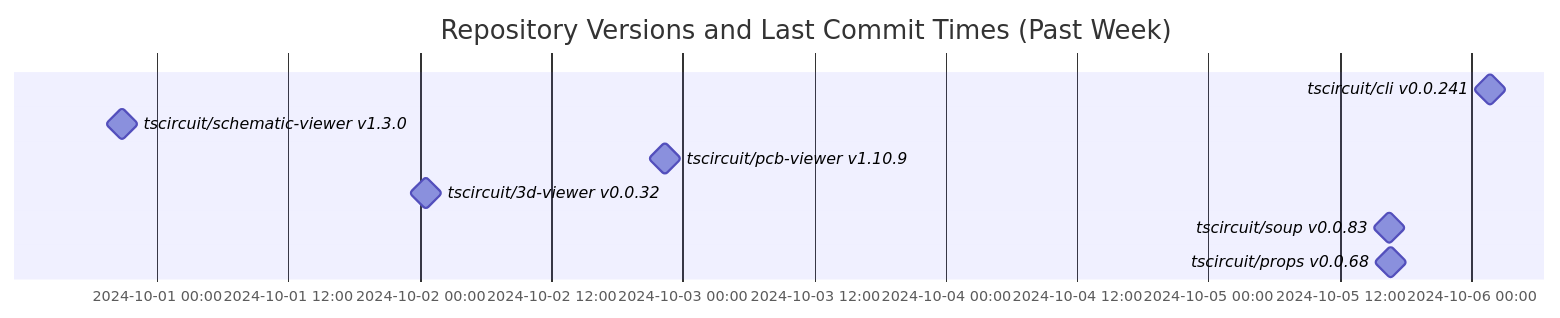
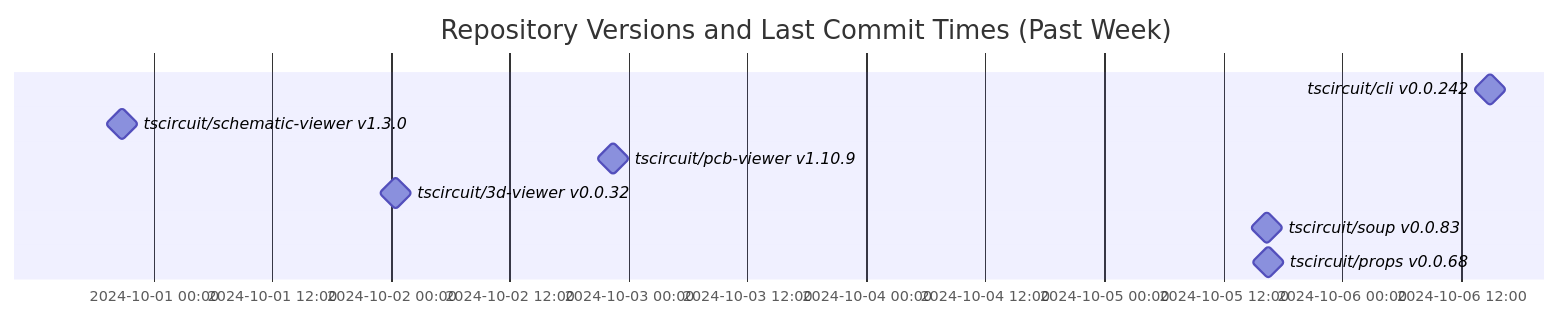
The diagram in README.md (tscircuit/version-tracker), drawn with Mermaid before and after one commit.

Commit message:
Update chart

````diff
--- a/README.md
+++ b/README.md
@@ -1,13 +1,13 @@
 ```mermaid
 gantt
   dateFormat  YYYY-MM-DD HH:mm:ss
   title Repository Versions and Last Commit Times (Past Week)
   axisFormat %Y-%m-%d %H:%M
 
-  tscircuit/cli v0.0.241 : milestone, 2024-10-06 01:42:36, 1s
+  tscircuit/cli v0.0.242 : milestone, 2024-10-06 14:57:44, 1s
   tscircuit/schematic-viewer v1.3.0 : milestone, 2024-09-30 20:50:04, 1s
   tscircuit/pcb-viewer v1.10.9 : milestone, 2024-10-02 22:24:48, 1s
   tscircuit/3d-viewer v0.0.32 : milestone, 2024-10-02 00:30:55, 1s
   tscircuit/soup v0.0.83 : milestone, 2024-10-05 16:28:11, 1s
   tscircuit/props v0.0.68 : milestone, 2024-10-05 16:34:46, 1s
 ```
````
